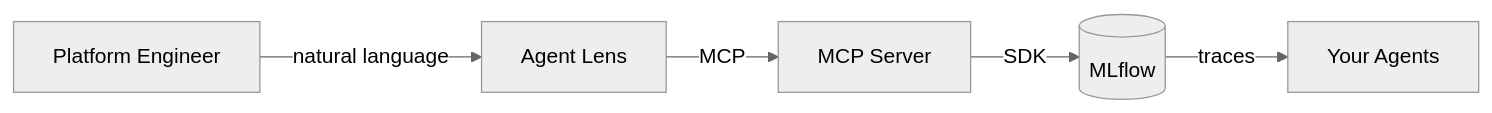
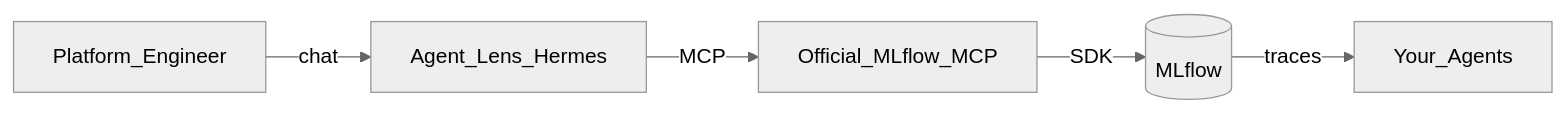
One commit to rrbanda/agent-lens changed the first of 2 diagrams in README.md. Above: the diagram before and after it, drawn with Mermaid. The commit also changed other lines of this file and 35 other files, not shown here.

First line of the commit message:
chore: official MLflow MCP only — prune FastMCP and fix product messaging

````diff
--- a/README.md
+++ b/README.md
@@ -49,8 +71,8 @@
 ```mermaid
 %%{init: {'theme': 'neutral'}}%%
 graph LR
-    User[Platform Engineer] -->|natural language| AL[Agent Lens]
-    AL -->|MCP| MCP[MCP Server]
+    User[Platform_Engineer] -->|chat| AL[Agent_Lens_Hermes]
+    AL -->|MCP| MCP[Official_MLflow_MCP]
     MCP -->|SDK| MLflow[(MLflow)]
-    MLflow -->|traces| Agents[Your Agents]
+    MLflow -->|traces| Agents[Your_Agents]
 ```
````
